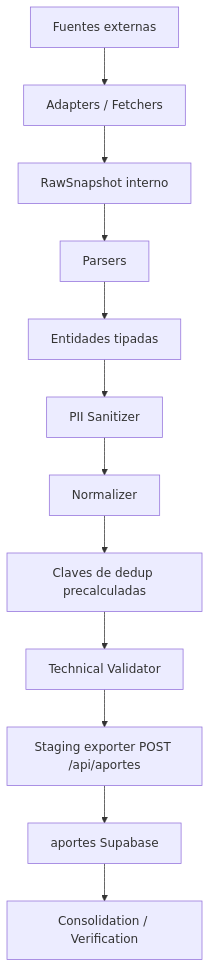
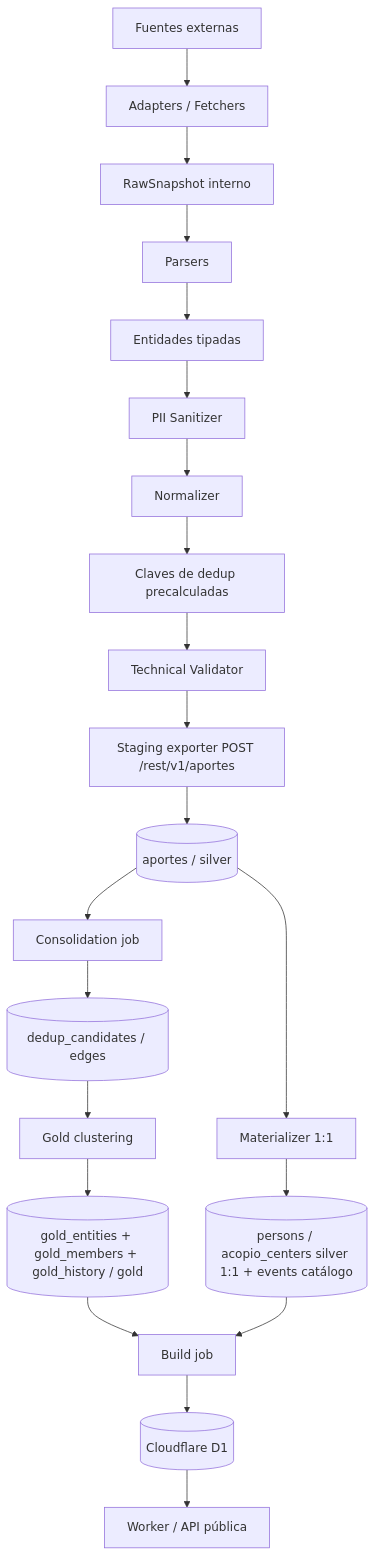
Before and after one commit to DataVenezuela/VenezuelaDataCrisis: the diagram in docs/pipeline.md, drawn with Mermaid. The commit also changed other lines of this file and 34 other files, not shown here.

First line of the commit message:
docs: align all project docs to canonical schema/contract/dedup trio (#253)

````diff
--- a/docs/pipeline.md
+++ b/docs/pipeline.md
@@ -115,14 +119,23 @@
 ```mermaid
 flowchart TD
     A[Fuentes externas] --> B[Adapters / Fetchers]
     B --> C[RawSnapshot interno]
     C --> D[Parsers]
     D --> E[Entidades tipadas]
     E --> F[PII Sanitizer]
     F --> G[Normalizer]
     G --> H[Claves de dedup precalculadas]
     H --> I[Technical Validator]
-    I --> J[Staging exporter POST /api/aportes]
-    J --> K[aportes Supabase]
-    K --> L[Consolidation / Verification]
+    I --> J[Staging exporter POST /rest/v1/aportes]
+    J --> K[(aportes / silver)]
+    K --> M[Materializer 1:1]
+    M --> N[(persons / acopio_centers silver 1:1 + events catálogo)]
+    K --> O[Consolidation job]
+    O --> P[(dedup_candidates / edges)]
+    P --> Q[Gold clustering]
+    Q --> R[(gold_entities + gold_members + gold_history / gold)]
+    R --> S[Build job]
+    N --> S
+    S --> T[(Cloudflare D1)]
+    T --> U[Worker / API pública]
 ```
````
